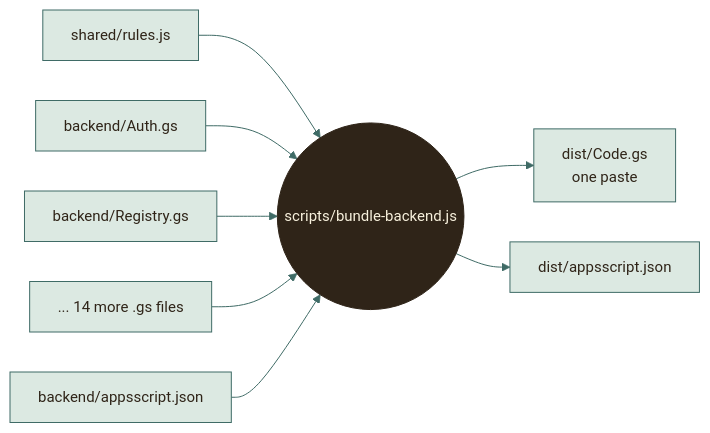
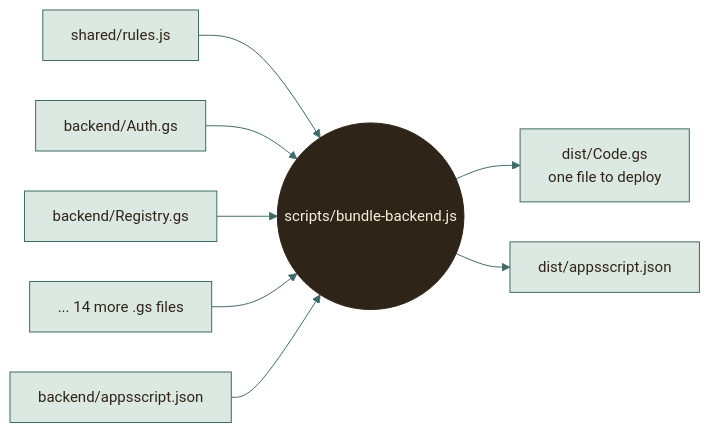
One commit to moyeh04/forms-platform changed the fourth of 9 diagrams in docs/architecture/WORKAROUNDS.md. Above: the diagram before and after it, drawn with Mermaid. The commit also changed other lines of this file, not shown here.

````diff
--- a/docs/architecture/WORKAROUNDS.md
+++ b/docs/architecture/WORKAROUNDS.md
@@ -231,40 +233,40 @@
 ```mermaid
 %%{init: {
   'theme': 'base',
   'themeVariables': {
     'fontFamily': 'ui-sans-serif, system-ui, -apple-system, Segoe UI, Roboto, sans-serif',
     'fontSize': '15px',
     'primaryColor': '#DCE9E2', 'primaryBorderColor': '#3F6B66', 'primaryTextColor': '#2F2418',
     'secondaryColor': '#F0E4C8', 'secondaryBorderColor': '#C9A24A', 'secondaryTextColor': '#2F2418',
     'tertiaryColor': '#F6EFDC', 'tertiaryBorderColor': '#CDBB94', 'tertiaryTextColor': '#2F2418',
     'lineColor': '#3F6B66', 'textColor': '#2F2418', 'mainBkg': '#DCE9E2', 'nodeBorder': '#3F6B66',
     'clusterBkg': '#F6EFDC', 'clusterBorder': '#CDBB94', 'titleColor': '#2F2418',
     'edgeLabelBackground': '#F8F1DD',
     'actorBkg': '#DCE9E2', 'actorBorder': '#3F6B66', 'actorTextColor': '#2F2418', 'actorLineColor': '#8FB3AB',
     'signalColor': '#477A73', 'signalTextColor': '#477A73',
     'labelBoxBkgColor': '#F0E4C8', 'labelBoxBorderColor': '#C9A24A', 'labelTextColor': '#2F2418', 'loopTextColor': '#6A5A44',
     'noteBkgColor': '#FBEFC9', 'noteBorderColor': '#C9A24A', 'noteTextColor': '#2F2418',
     'activationBkgColor': '#DCE9E2', 'activationBorderColor': '#3F6B66', 'sequenceNumberColor': '#F8F1DD',
     'transitionColor': '#3F6B66', 'stateLabelColor': '#2F2418', 'stateBkg': '#DCE9E2', 'altBackground': '#F6EFDC',
     'attributeBackgroundColorOdd': '#F8F1DD', 'attributeBackgroundColorEven': '#F0E4C8'
   },
   'flowchart': {'curve': 'basis', 'padding': 14, 'nodeSpacing': 40, 'rankSpacing': 46},
   'sequence': {'mirrorActors': false, 'messageMargin': 34, 'boxMargin': 8}
 }}%%
 flowchart LR
     r["shared/rules.js"] --> bundle
     b1["backend/Auth.gs"] --> bundle
     b2["backend/Registry.gs"] --> bundle
     b3["... 14 more .gs files"] --> bundle
     bundle(("scripts/bundle-backend.js"))
-    bundle --> out["dist/Code.gs<br/>one paste"]
+    bundle --> out["dist/Code.gs<br/>one file to deploy"]
     manifest["backend/appsscript.json"] --> bundle
     bundle --> out2["dist/appsscript.json"]
     classDef cDb fill:#F3E2B3,stroke:#B8892D,stroke-width:1.5px,color:#2F2418
     classDef cActor fill:#F4D9D3,stroke:#9A3328,stroke-width:1.5px,color:#2F2418
     classDef cDec fill:#FBEFC9,stroke:#C9A24A,stroke-width:1.5px,color:#2F2418
     classDef cEnd fill:#2F2418,stroke:#2F2418,color:#F8F1DD
     classDef cErr fill:#F6D5CF,stroke:#A12B1F,stroke-width:1.5px,color:#5A140C
     classDef cOk fill:#BFD9CF,stroke:#2E5A55,stroke-width:1.5px,color:#17302D
     class bundle cEnd
 ```
````
